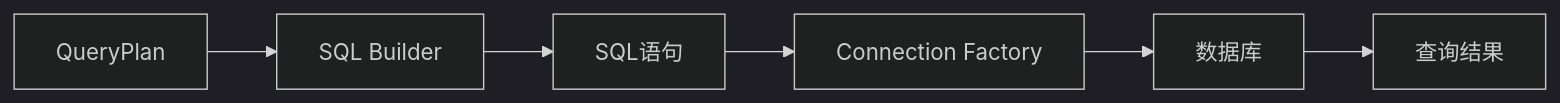
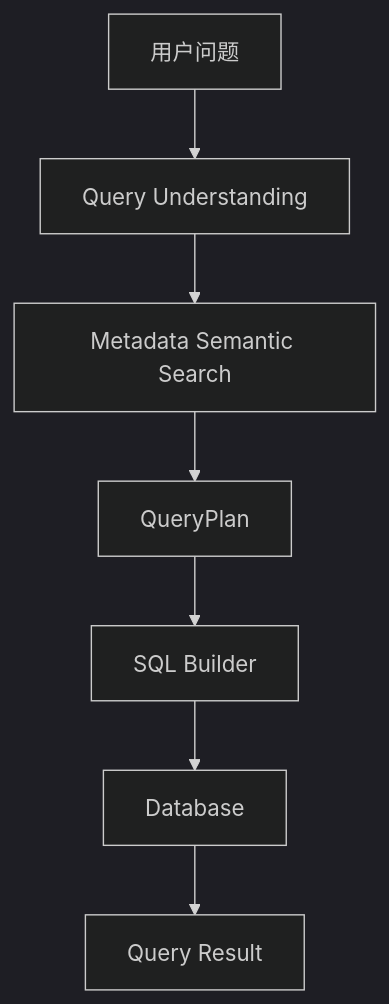
Before and after one commit to wenzhong0606-dev/SuperBuilder_AI: the second of 11 diagrams in SuperBulider_AI/wwwroot/Doc/SuperBuilder AI Native BI Phase开发计划.md, drawn with Mermaid (dark theme). The commit also changed other lines of this file, not shown here.

````diff
--- a/SuperBulider_AI/wwwroot/Doc/SuperBuilder AI Native BI Phase开发计划.md
+++ b/SuperBulider_AI/wwwroot/Doc/SuperBuilder AI Native BI Phase开发计划.md
@@ -539,29 +487,29 @@
 ```mermaid
-flowchart LR
+flowchart TD
 
-
-A[QueryPlan]
+A[用户问题]
 
 -->
 
-B[SQL Builder]
+B[Query Understanding]
 
 -->
 
-C[SQL语句]
+C[Metadata Semantic Search]
 
 -->
 
-D[Connection Factory]
+D[QueryPlan]
 
 -->
 
-E[数据库]
+E[SQL Builder]
 
 -->
 
-F[查询结果]
+F[Database]
 
+-->
 
-
+G[Query Result]
 ```
````
